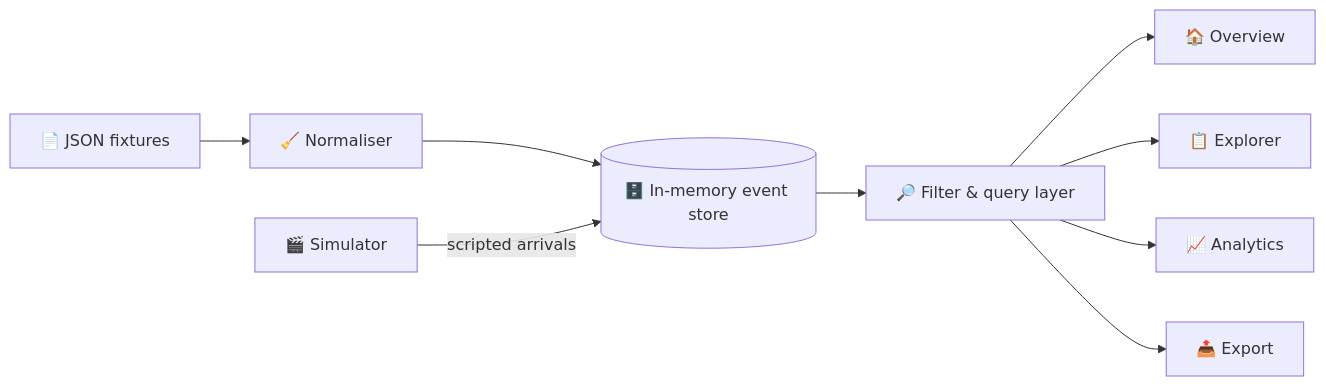
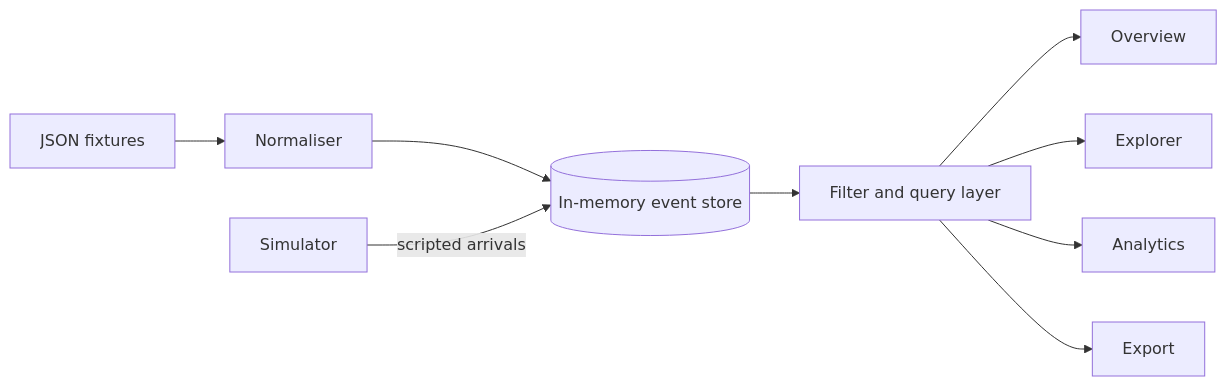
The second of 2 diagrams in README.md (fearl4l1t/k8s-events-filter-dashboard), drawn with Mermaid before and after one commit. The commit also changed other lines of this file, not shown here.

````diff
--- a/README.md
+++ b/README.md
@@ -190,11 +258,11 @@
 ```mermaid
 flowchart LR
-    F[📄 JSON fixtures] --> N[🧹 Normaliser]
-    N --> S[(🗄️ In-memory event store)]
-    SIM[🎬 Simulator] -->|scripted arrivals| S
-    S --> Q[🔎 Filter & query layer]
-    Q --> V1[🏠 Overview]
-    Q --> V2[📋 Explorer]
-    Q --> V3[📈 Analytics]
-    Q --> X[📤 Export]
+    F[JSON fixtures] --> N[Normaliser]
+    N --> S[(In-memory event store)]
+    SIM[Simulator] -->|scripted arrivals| S
+    S --> Q[Filter and query layer]
+    Q --> V1[Overview]
+    Q --> V2[Explorer]
+    Q --> V3[Analytics]
+    Q --> X[Export]
 ```
````
